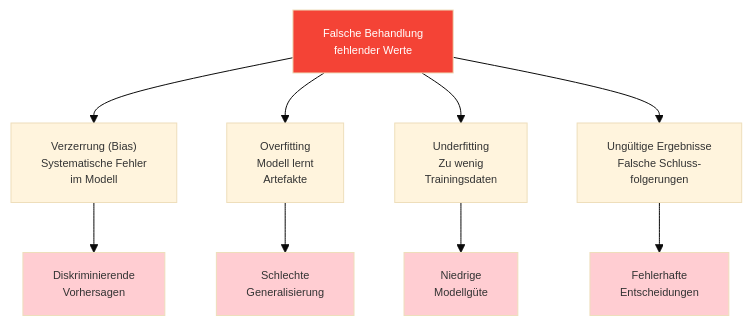
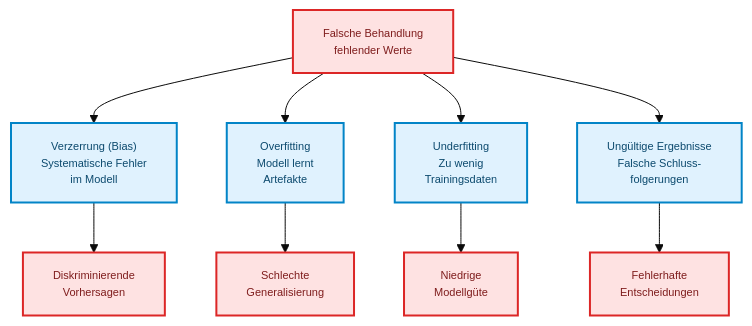
The fourth of 4 diagrams in docs/concepts/prepare/missing_values.md (ralf-42/ML_Intro), drawn with Mermaid before and after one commit. The commit also changed other lines of this file and 67 other files, not shown here.

````diff
--- a/docs/concepts/prepare/missing_values.md
+++ b/docs/concepts/prepare/missing_values.md
@@ -130,21 +131,19 @@
 ```mermaid
 %%{init: {'theme': 'base', 'themeVariables': {'fontSize': '11px'}}}%%
 flowchart TD
     wrong["Falsche Behandlung<br/>fehlender Werte"]
     
     wrong --> bias["Verzerrung (Bias)<br/>Systematische Fehler<br/>im Modell"]
     wrong --> overfit["Overfitting<br/>Modell lernt<br/>Artefakte"]
     wrong --> underfit["Underfitting<br/>Zu wenig<br/>Trainingsdaten"]
     wrong --> invalid["Ungültige Ergebnisse<br/>Falsche Schluss-<br/>folgerungen"]
     
     bias --> result1["Diskriminierende<br/>Vorhersagen"]
     overfit --> result2["Schlechte<br/>Generalisierung"]
     underfit --> result3["Niedrige<br/>Modellgüte"]
     invalid --> result4["Fehlerhafte<br/>Entscheidungen"]
 
-    style wrong fill:#f44336,color:#fff
-    style result1 fill:#ffcdd2
-    style result2 fill:#ffcdd2
-    style result3 fill:#ffcdd2
-    style result4 fill:#ffcdd2
+classDef default fill:#e0f2fe,stroke:#0284c7,stroke-width:2px,color:#0c4a6e;
+classDef stop fill:#fee2e2,stroke:#dc2626,stroke-width:2px,color:#7f1d1d;
+class wrong,result1,result2,result3,result4 stop;
 ```
````
